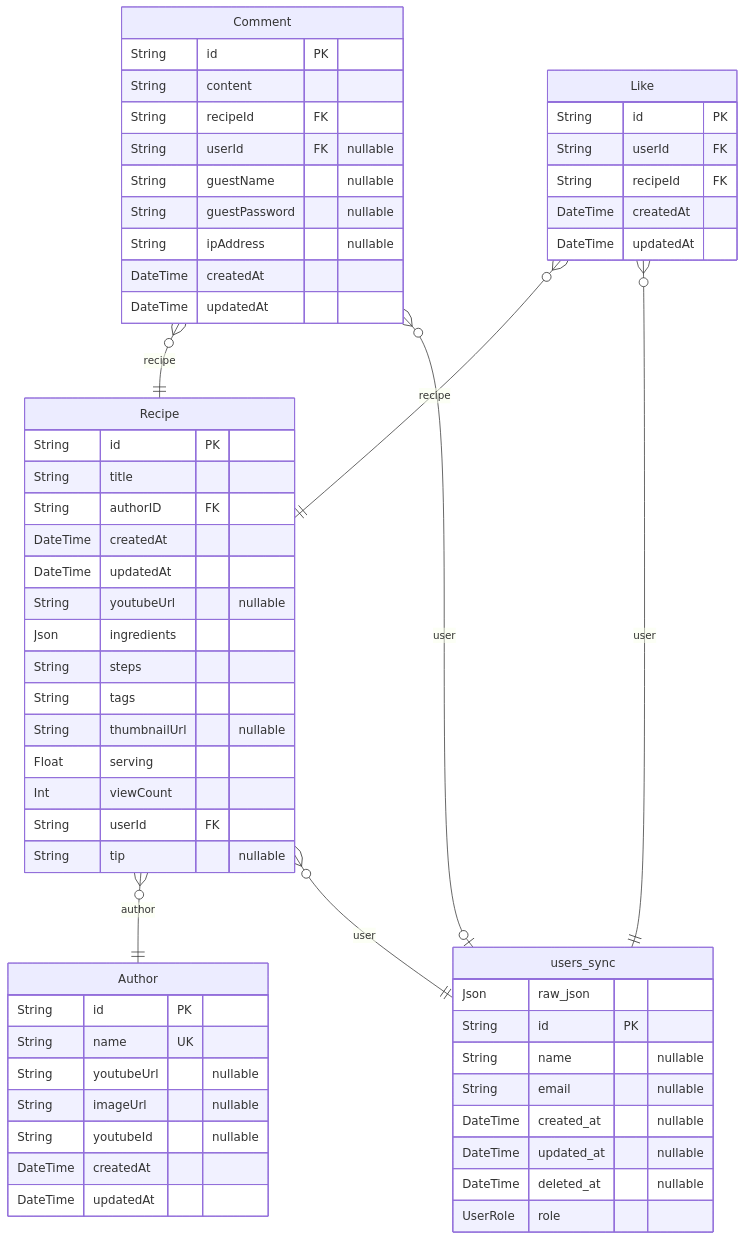
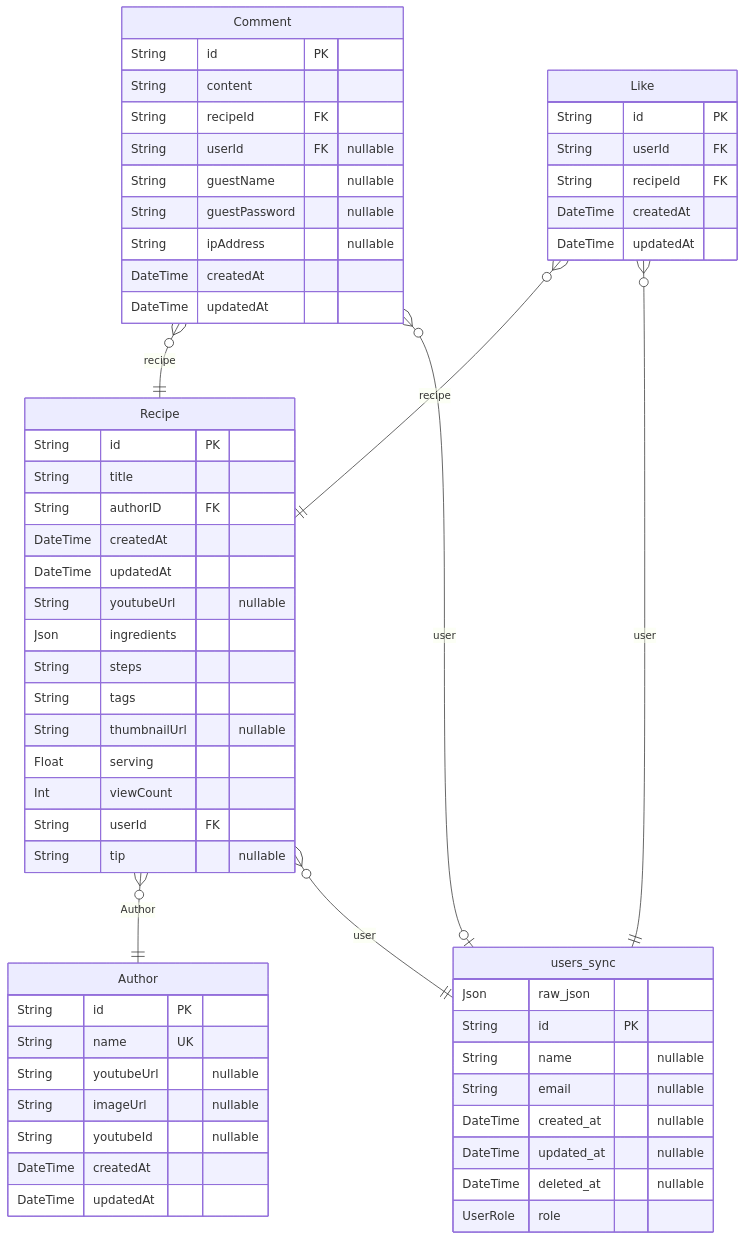
The diagram in ERD.md (fluzzy/recipe), drawn with Mermaid before and after one commit. The commit also changed 6 other files, not shown here.

Commit message:
feat: db 데이터와 schema 일치

````diff
--- a/ERD.md
+++ b/ERD.md
@@ -7,62 +7,62 @@
 ```mermaid
 erDiagram
 "users_sync" {
   Json raw_json
   String id PK
   String name "nullable"
   String email "nullable"
   DateTime created_at "nullable"
   DateTime updated_at "nullable"
   DateTime deleted_at "nullable"
   UserRole role
 }
 "Author" {
   String id PK
   String name UK
   String youtubeUrl "nullable"
   String imageUrl "nullable"
   String youtubeId "nullable"
   DateTime createdAt
   DateTime updatedAt
 }
 "Comment" {
   String id PK
   String content
   String recipeId FK
   String userId FK "nullable"
   String guestName "nullable"
   String guestPassword "nullable"
   String ipAddress "nullable"
   DateTime createdAt
   DateTime updatedAt
 }
 "Like" {
   String id PK
   String userId FK
   String recipeId FK
   DateTime createdAt
   DateTime updatedAt
 }
 "Recipe" {
   String id PK
   String title
   String authorID FK
   DateTime createdAt
   DateTime updatedAt
   String youtubeUrl "nullable"
   Json ingredients
   String steps
   String tags
   String thumbnailUrl "nullable"
   Float serving
   Int viewCount
   String userId FK
   String tip "nullable"
 }
 "Comment" }o--|| "Recipe" : recipe
 "Comment" }o--o| "users_sync" : user
 "Like" }o--|| "Recipe" : recipe
 "Like" }o--|| "users_sync" : user
-"Recipe" }o--|| "Author" : author
+"Recipe" }o--|| "Author" : Author
 "Recipe" }o--|| "users_sync" : user
 ```
````
